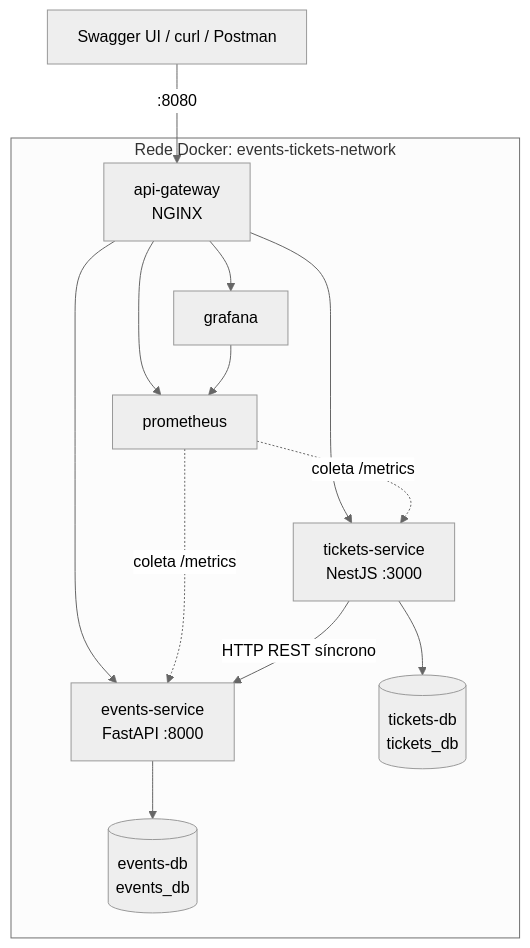
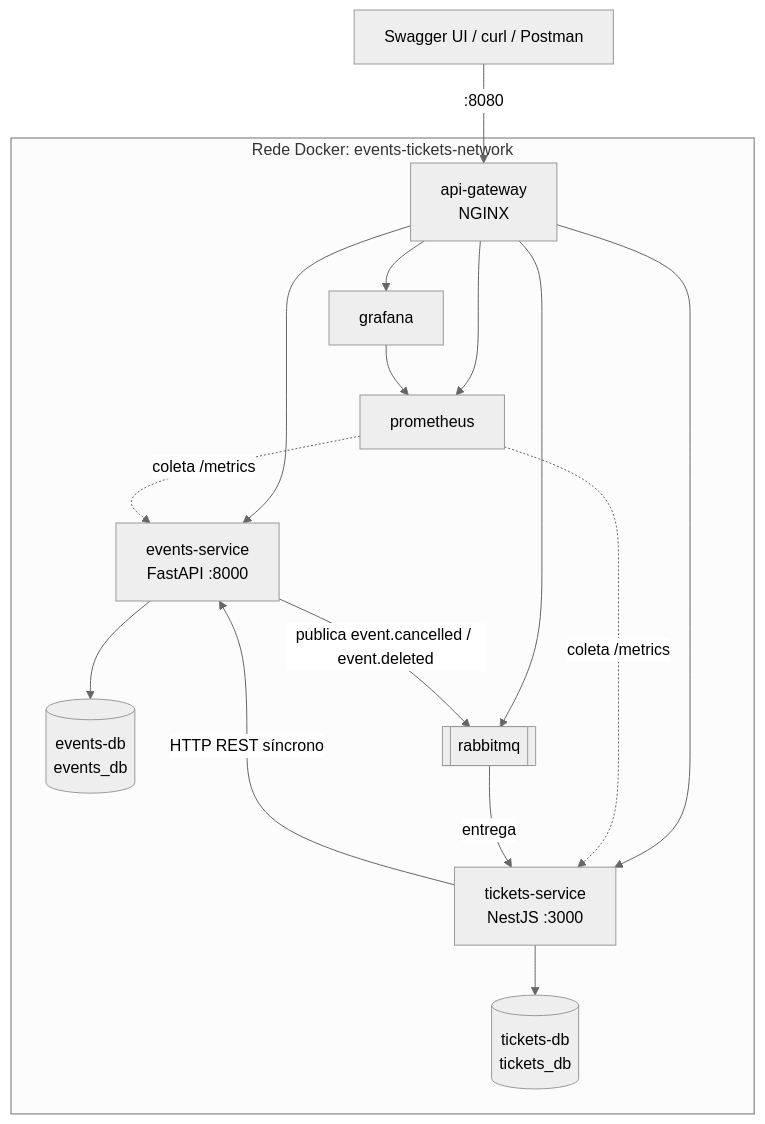
Before and after one commit to Igor-Lazarin-Oliani/events-tickets-ms: the diagram in README.md, drawn with Mermaid (neutral theme). The commit also changed other lines of this file and 31 other files, not shown here.

````diff
--- a/README.md
+++ b/README.md
@@ -35,24 +36,28 @@
 ```mermaid
 flowchart TB
     cliente["Swagger UI / curl / Postman"]
     subgraph rede["Rede Docker: events-tickets-network"]
         gateway["api-gateway<br/>NGINX"]
         events["events-service<br/>FastAPI :8000"]
         tickets["tickets-service<br/>NestJS :3000"]
         eventsdb[("events-db<br/>events_db")]
         ticketsdb[("tickets-db<br/>tickets_db")]
         prometheus["prometheus"]
         grafana["grafana"]
+        rabbitmq[["rabbitmq"]]
     end
     cliente -->|":8080"| gateway
     gateway --> events
     gateway --> tickets
     gateway --> grafana
     gateway --> prometheus
     grafana --> prometheus
     prometheus -.->|"coleta /metrics"| events
     prometheus -.->|"coleta /metrics"| tickets
+    gateway --> rabbitmq
+    events -->|"publica event.cancelled / event.deleted"| rabbitmq
+    rabbitmq -->|"entrega"| tickets
     tickets -->|"HTTP REST síncrono"| events
     events --> eventsdb
     tickets --> ticketsdb
 ```
````
